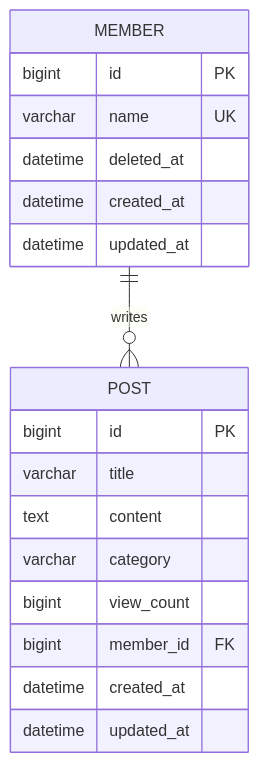
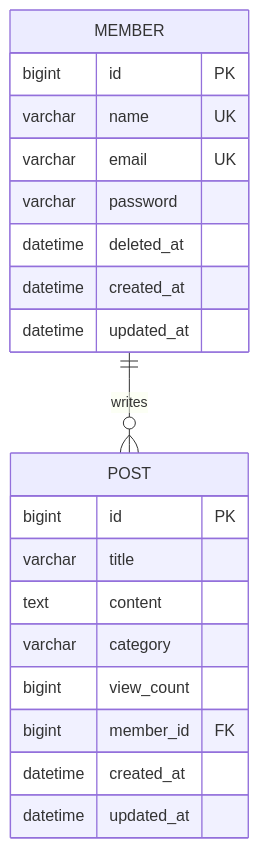
The diagram in docs/ERD.md (39-play-sopt-server/seunghee.lee), drawn with Mermaid before and after one commit. The commit also changed 1 other file, not shown here.

Commit message:
docs: 회원 인증 스키마 업데이트

````diff
--- a/docs/ERD.md
+++ b/docs/ERD.md
@@ -3,21 +3,23 @@
 ```mermaid
 erDiagram
     MEMBER ||--o{ POST : writes
     MEMBER {
         bigint id PK
         varchar name UK
+        varchar email UK
+        varchar password
         datetime deleted_at
         datetime created_at
         datetime updated_at
     }
     POST {
         bigint id PK
         varchar title
         text content
         varchar category
         bigint view_count
         bigint member_id FK
         datetime created_at
         datetime updated_at
     }
 ```
````
